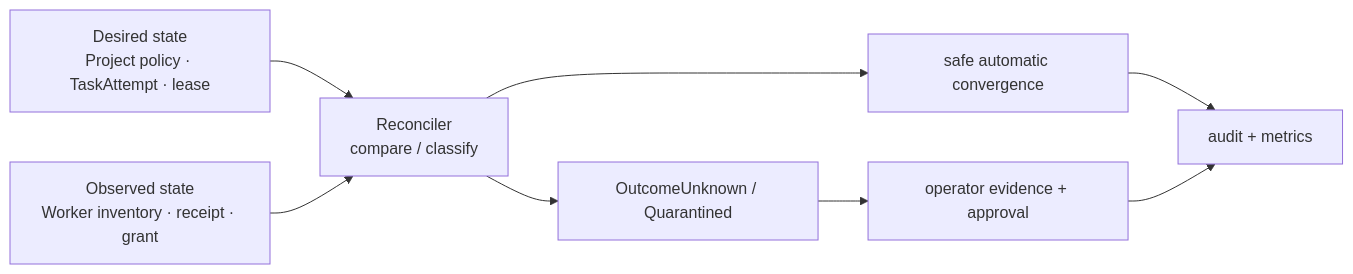
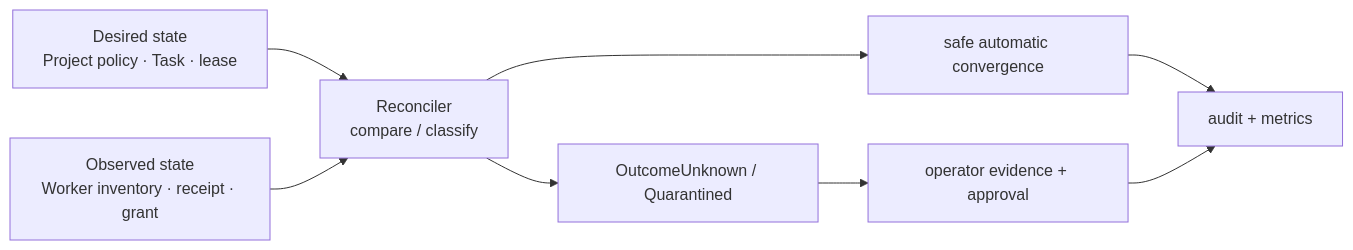
Before and after one commit to yarang/grok-fleet-orchestrator: the diagram in docs/architecture/observability-and-reconciliation.md, drawn with Mermaid. The commit also changed other lines of this file and 27 other files, not shown here.

````diff
--- a/docs/architecture/observability-and-reconciliation.md
+++ b/docs/architecture/observability-and-reconciliation.md
@@ -20,10 +21,10 @@
 ```mermaid
 flowchart LR
-    Desired["Desired state\nProject policy · TaskAttempt · lease"] --> Reconcile["Reconciler\ncompare / classify"]
+    Desired["Desired state\nProject policy · Task · lease"] --> Reconcile["Reconciler\ncompare / classify"]
     Observed["Observed state\nWorker inventory · receipt · grant"] --> Reconcile
     Reconcile --> Safe["safe automatic convergence"]
     Reconcile --> Unknown["OutcomeUnknown / Quarantined"]
     Unknown --> Operator["operator evidence + approval"]
     Safe --> Audit["audit + metrics"]
     Operator --> Audit
 ```
````
